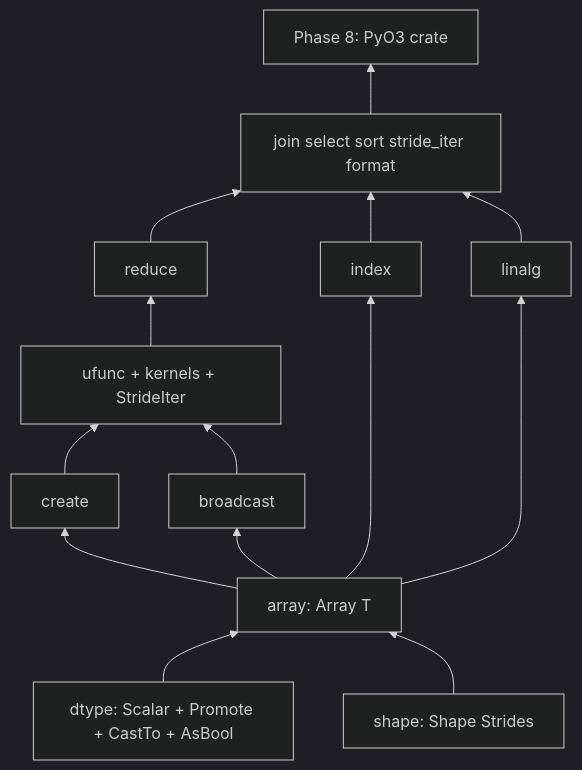
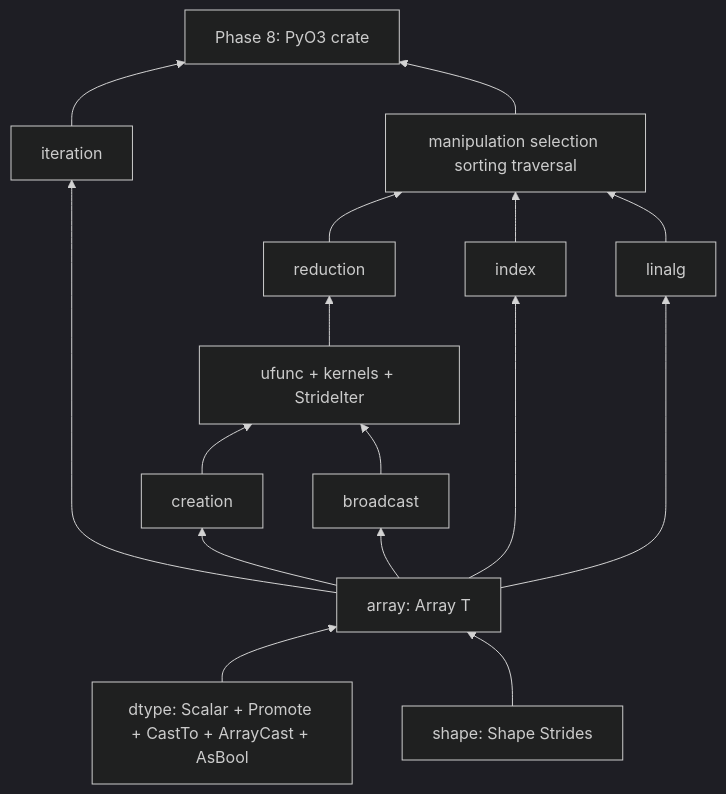
One commit to shyunpark4862/stardust-numpy changed the second of 2 diagrams in plan.md. Above: the diagram before and after it, drawn with Mermaid (dark theme). The commit also changed other lines of this file and 89 other files, not shown here.

````diff
--- a/plan.md
+++ b/plan.md
@@ -55,28 +55,31 @@
 ```mermaid
 flowchart BT
-  dtype[dtype: Scalar + Promote + CastTo + AsBool]
+  dtype[dtype: Scalar + Promote + CastTo + ArrayCast + AsBool]
   shape[shape: Shape Strides]
   array[array: Array T]
-  create[create]
+  create[creation]
   broadcast[broadcast]
   ufunc[ufunc + kernels + StrideIter]
-  reduce[reduce]
+  reduce[reduction]
   index[index]
   linalg[linalg]
-  rest[join select sort stride_iter format]
+  iteration[iteration]
+  rest[manipulation selection sorting traversal]
   pybind[Phase 8: PyO3 crate]
 
   dtype --> array
   shape --> array
   array --> create
   array --> broadcast
   array --> index
   create --> ufunc
   broadcast --> ufunc
   ufunc --> reduce
   array --> linalg
+  array --> iteration
   reduce --> rest
   index --> rest
   linalg --> rest
+  iteration --> pybind
   rest --> pybind
 ```
````
